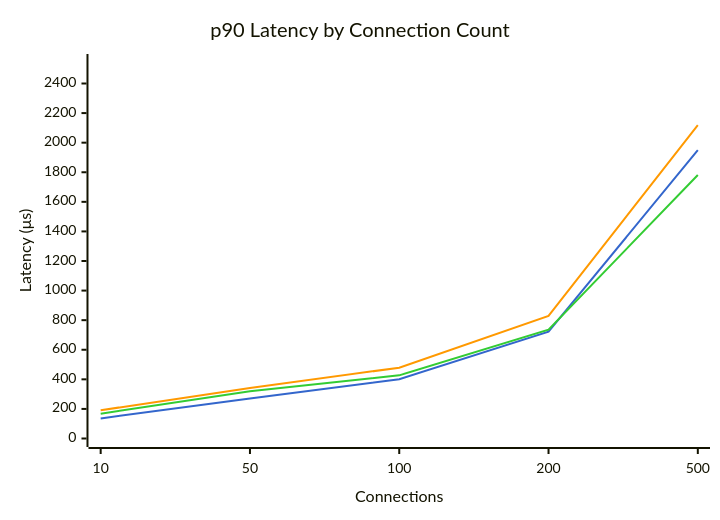
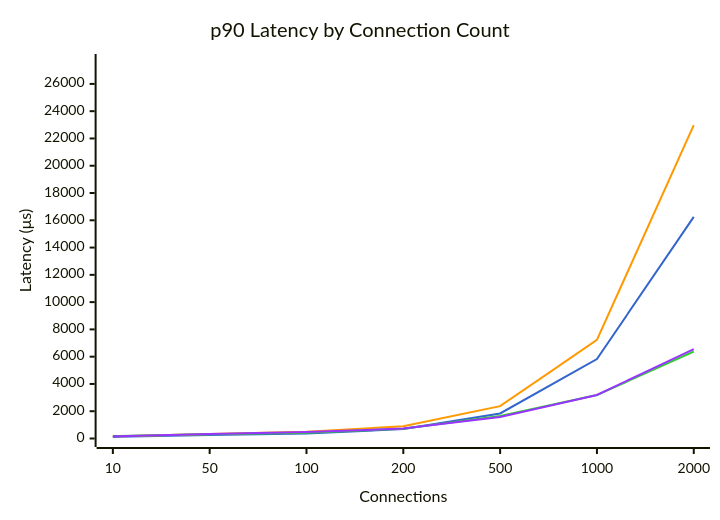
One commit to youyuanwu/bypass-misc changed the fifth of 6 diagrams in docs/Bench/Azure/Standard_D4s_v5.md. Above: the diagram before and after it, drawn with Mermaid. The commit also changed other lines of this file and 15 other files, not shown here.

````diff
--- a/docs/Bench/Azure/Standard_D4s_v5.md
+++ b/docs/Bench/Azure/Standard_D4s_v5.md
@@ -112,15 +129,16 @@
 ```mermaid
 ---
 config:
     themeVariables:
         xyChart:
-            plotColorPalette: "#3366cc, #ff9900, #33cc33"
+            plotColorPalette: "#3366cc, #ff9900, #33cc33, #9933ff"
 ---
 xychart-beta
     title "p90 Latency by Connection Count"
-    x-axis "Connections" [10, 50, 100, 200, 500]
-    y-axis "Latency (μs)" 0 --> 2542
-    line "dpdk" [136, 270, 401, 722, 1949]
-    line "tokio" [191, 341, 479, 829, 2119]
-    line "tokio-local" [168, 320, 427, 736, 1781]
+    x-axis "Connections" [10, 50, 100, 200, 500, 1000, 2000]
+    y-axis "Latency (μs)" 0 --> 27570
+    line "dpdk" [117, 252, 365, 689, 1836, 5827, 16255]
+    line "tokio" [163, 333, 492, 894, 2371, 7227, 22975]
+    line "tokio-local" [179, 313, 417, 716, 1655, 3185, 6379]
+    line "kimojio" [156, 321, 469, 725, 1571, 3193, 6551]
 ```
````
